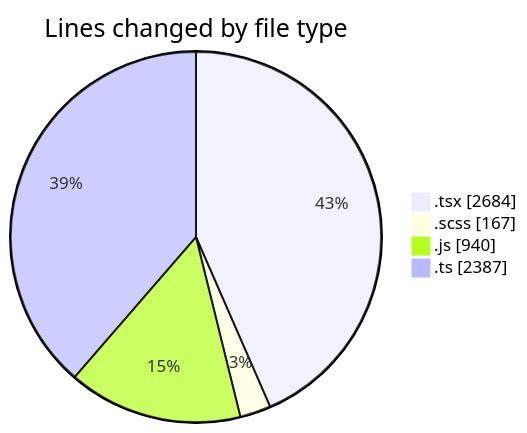
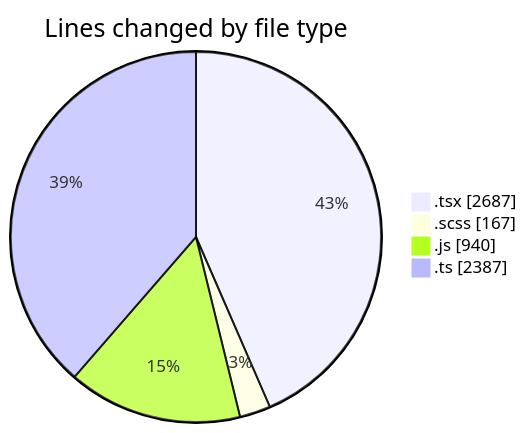
The first of 2 diagrams in 2026-07-15/cda/README.md (momahboobian/code-tracking), drawn with Mermaid before and after one commit. The commit also changed other lines of this file and 1 other file, not shown here.

````diff
--- a/2026-07-15/cda/README.md
+++ b/2026-07-15/cda/README.md
@@ -51,8 +51,8 @@
 ```mermaid
 pie showData
 title Lines changed by file type
-".tsx" : 2684
+".tsx" : 2687
 ".scss" : 167
 ".js" : 940
 ".ts" : 2387
 ```
````
